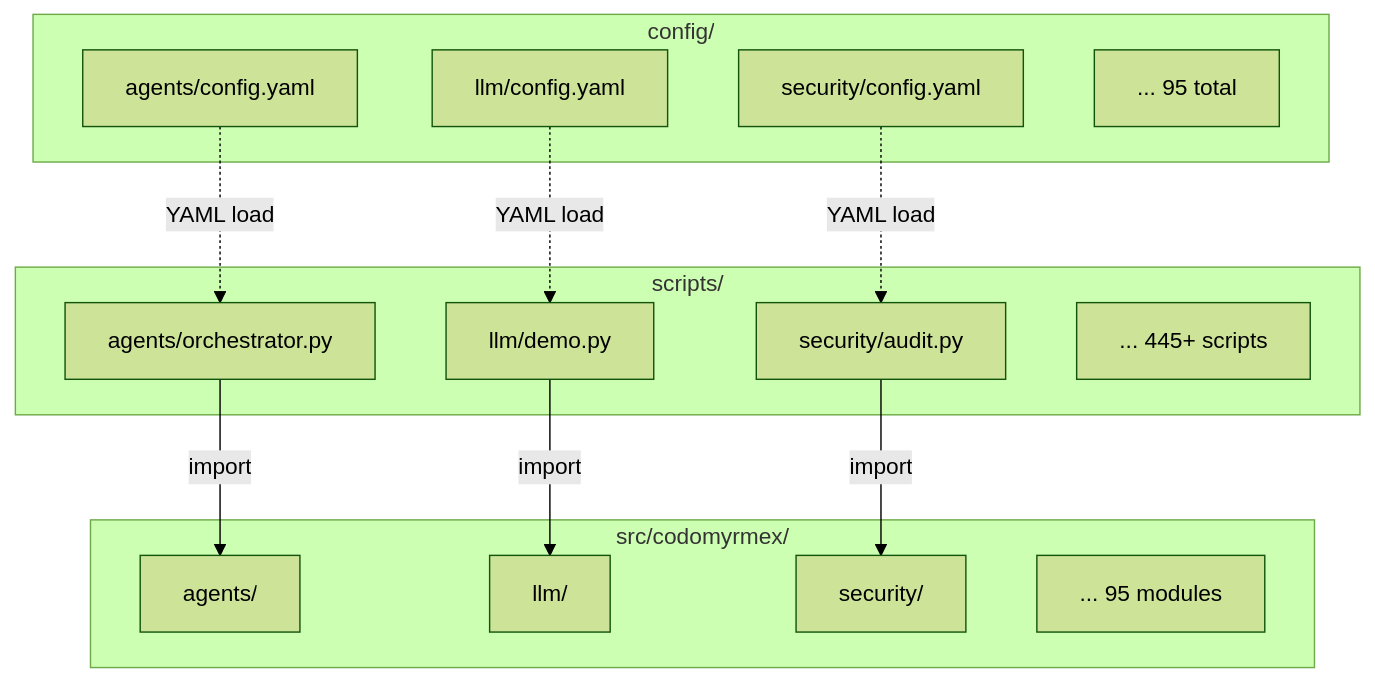
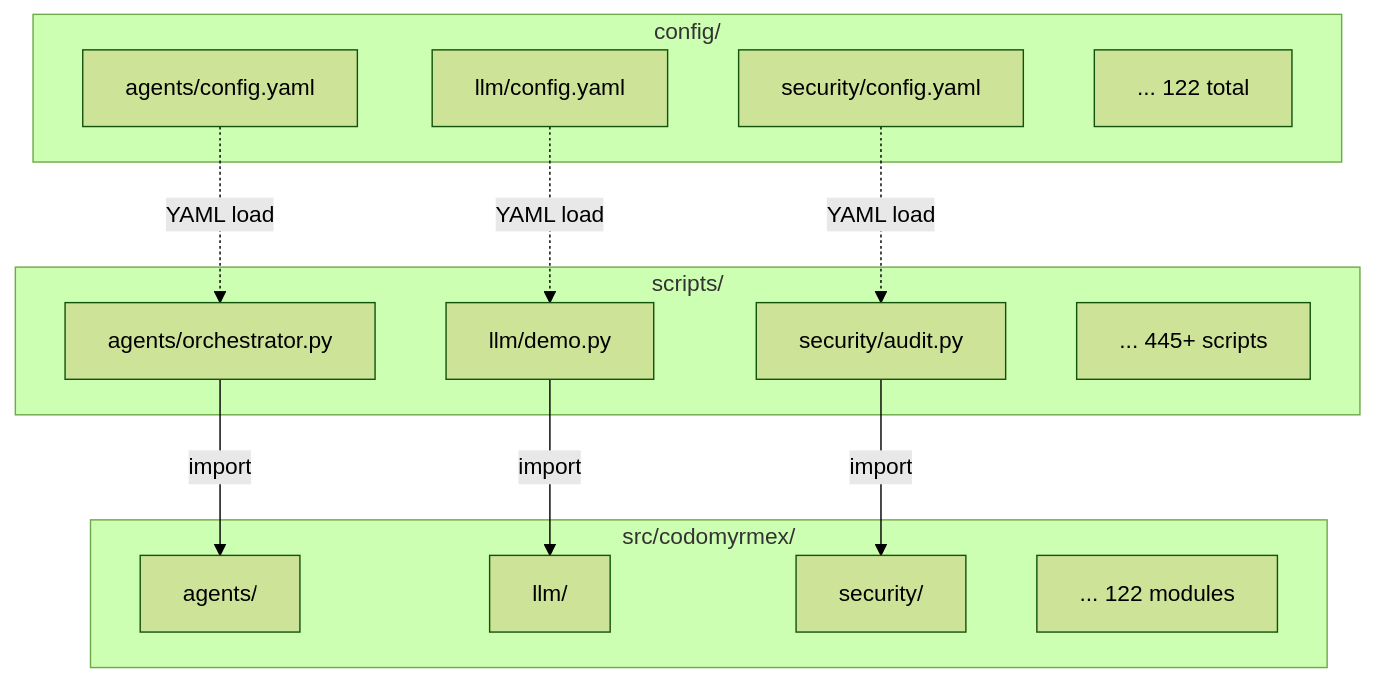
The sixth of 7 diagrams in .github/README.md (docxology/codomyrmex), drawn with Mermaid (forest theme) before and after one commit. The commit also changed other lines of this file and 61 other files, not shown here.

````diff
--- a/.github/README.md
+++ b/.github/README.md
@@ -532,30 +522,30 @@
 ```mermaid
 graph TB
     subgraph ConfigRoot["config/"]
         C1["agents/config.yaml"]
         C2["llm/config.yaml"]
         C3["security/config.yaml"]
-        Cdots["... 95 total"]
+        Cdots["... 122 total"]
     end
 
     subgraph Scripts["scripts/"]
         S1["agents/orchestrator.py"]
         S2["llm/demo.py"]
         S3["security/audit.py"]
         Sdots["... 445+ scripts"]
     end
 
     subgraph Source["src/codomyrmex/"]
         Src1["agents/"]
         Src2["llm/"]
         Src3["security/"]
-        SrcDots["... 95 modules"]
+        SrcDots["... 122 modules"]
     end
 
     C1 -.->|"YAML load"| S1
     C2 -.->|"YAML load"| S2
     C3 -.->|"YAML load"| S3
     S1 -->|"import"| Src1
     S2 -->|"import"| Src2
     S3 -->|"import"| Src3
 ```
````
